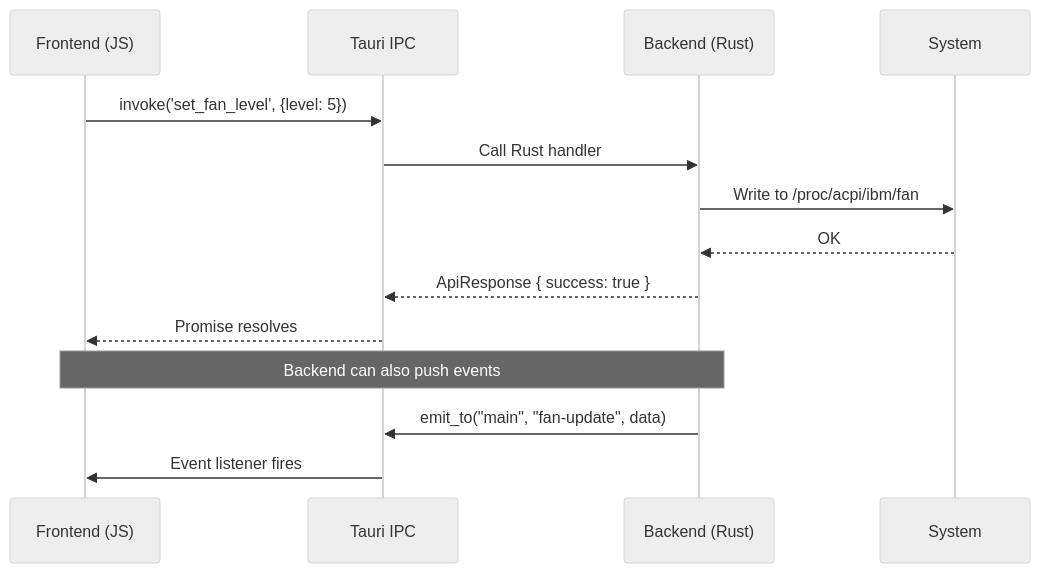
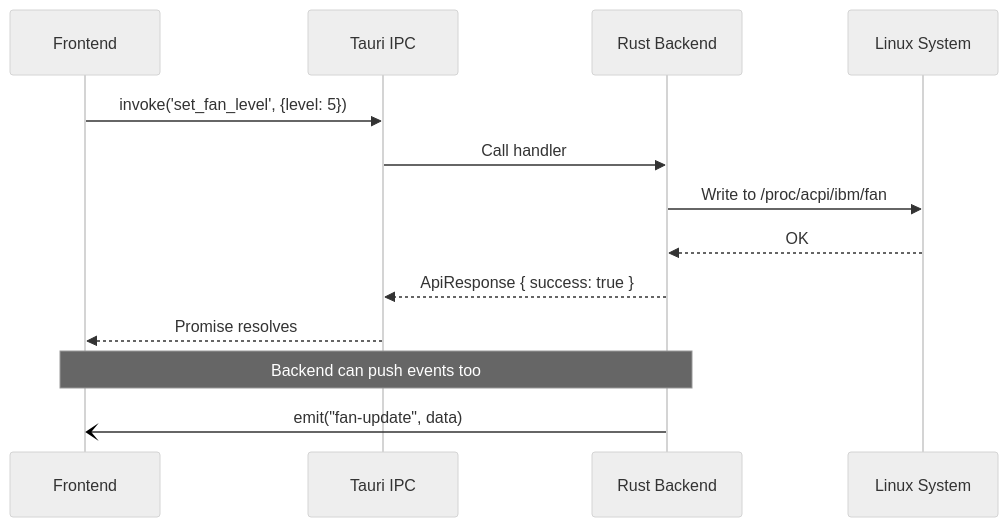
Before and after one commit to vietanhdev/ThinkUtils: the second of 3 diagrams in docs/development/architecture.md, drawn with Mermaid (neutral theme). The commit also changed other lines of this file and 4 other files, not shown here.

First line of the commit message:
docs: fix Mermaid diagrams for light/dark mode

````diff
--- a/docs/development/architecture.md
+++ b/docs/development/architecture.md
@@ -76,18 +41,17 @@
 ```mermaid
 sequenceDiagram
-    participant F as Frontend (JS)
+    participant F as Frontend
     participant T as Tauri IPC
-    participant B as Backend (Rust)
-    participant S as System
+    participant B as Rust Backend
+    participant S as Linux System
 
     F->>T: invoke('set_fan_level', {level: 5})
-    T->>B: Call Rust handler
+    T->>B: Call handler
     B->>S: Write to /proc/acpi/ibm/fan
     S-->>B: OK
     B-->>T: ApiResponse { success: true }
     T-->>F: Promise resolves
 
-    Note over B,F: Backend can also push events
-    B->>T: emit_to("main", "fan-update", data)
-    T->>F: Event listener fires
+    Note over B,F: Backend can push events too
+    B-)F: emit("fan-update", data)
 ```
````
